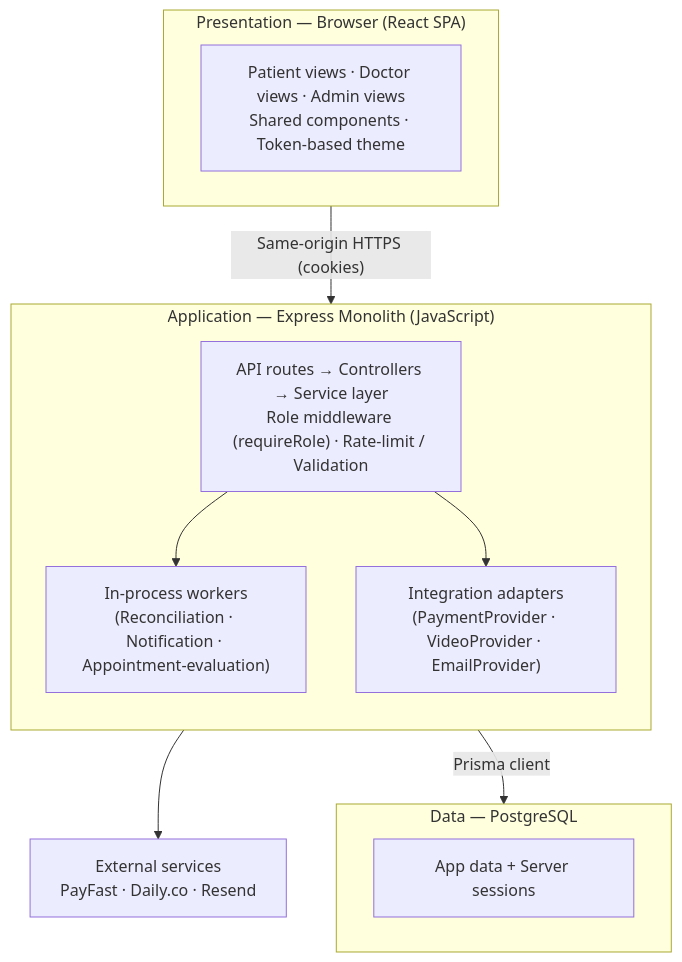
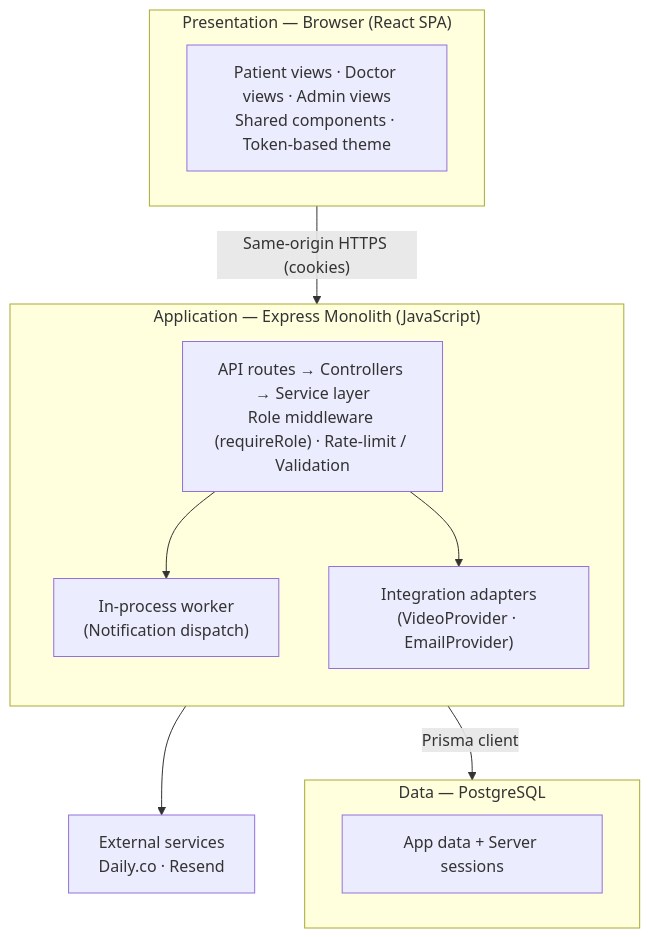
One commit to Burhan3737/Dermaestha changed the first of 3 diagrams in docs/specification/03-ARCHITECTURE_DOCUMENT.md. Above: the diagram before and after it, drawn with Mermaid. The commit also changed other lines of this file and 16 other files, not shown here.

````diff
--- a/docs/specification/03-ARCHITECTURE_DOCUMENT.md
+++ b/docs/specification/03-ARCHITECTURE_DOCUMENT.md
@@ -72,25 +69,25 @@
 ```mermaid
 flowchart TB
     subgraph Presentation["Presentation — Browser (React SPA)"]
         UI["Patient views · Doctor views · Admin views<br/>Shared components · Token-based theme"]
     end
 
     subgraph Application["Application — Express Monolith (JavaScript)"]
         direction TB
         Routes["API routes → Controllers → Service layer<br/>Role middleware (requireRole) · Rate-limit / Validation"]
-        Workers["In-process workers<br/>(Reconciliation · Notification · Appointment-evaluation)"]
-        Adapters["Integration adapters<br/>(PaymentProvider · VideoProvider · EmailProvider)"]
+        Workers["In-process worker<br/>(Notification dispatch)"]
+        Adapters["Integration adapters<br/>(VideoProvider · EmailProvider)"]
         Routes --> Workers
         Routes --> Adapters
     end
 
     subgraph Data["Data — PostgreSQL"]
         DB["App data + Server sessions"]
     end
 
-    Externals["External services<br/>PayFast · Daily.co · Resend"]
+    Externals["External services<br/>Daily.co · Resend"]
 
     Presentation -- "Same-origin HTTPS (cookies)" --> Application
     Application -- "Prisma client" --> Data
     Adapters --> Externals
 ```
````
